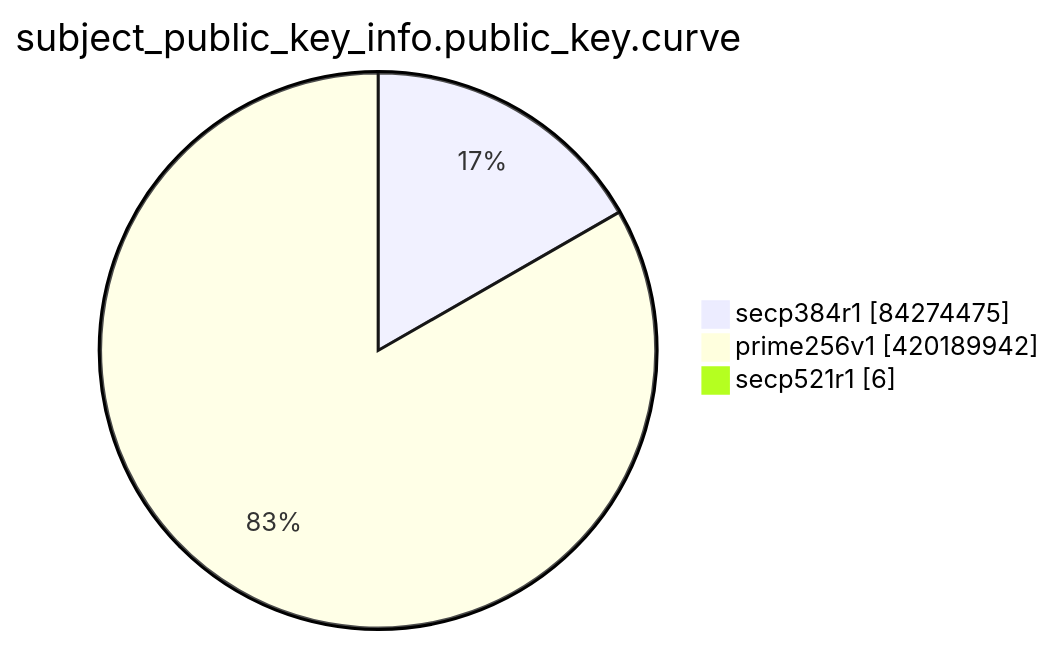
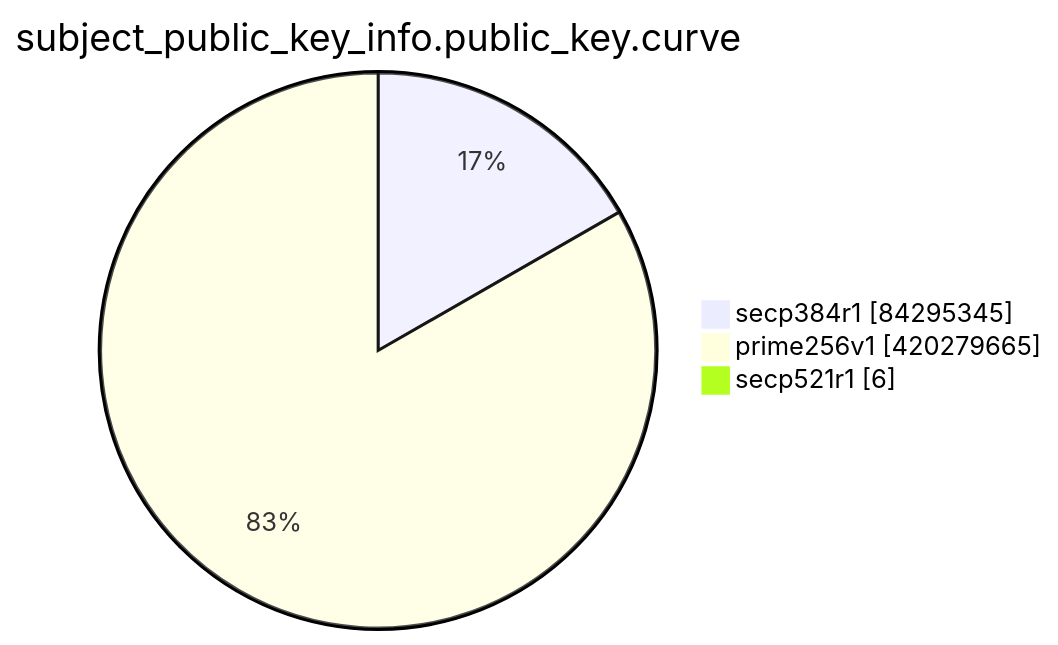
The eighth of 15 diagrams in TOTAL/README.md (christiankrug/ctmonitor_visualization), drawn with Mermaid before and after one commit. The commit also changed other lines of this file, not shown here.

````diff
--- a/TOTAL/README.md
+++ b/TOTAL/README.md
@@ -3099,7 +3099,7 @@
 ```mermaid
 pie showData
 title subject_public_key_info.public_key.curve
-"secp384r1" :84274475
-"prime256v1" :420189942
+"secp384r1" :84295345
+"prime256v1" :420279665
 "secp521r1" :6
 ```
````
